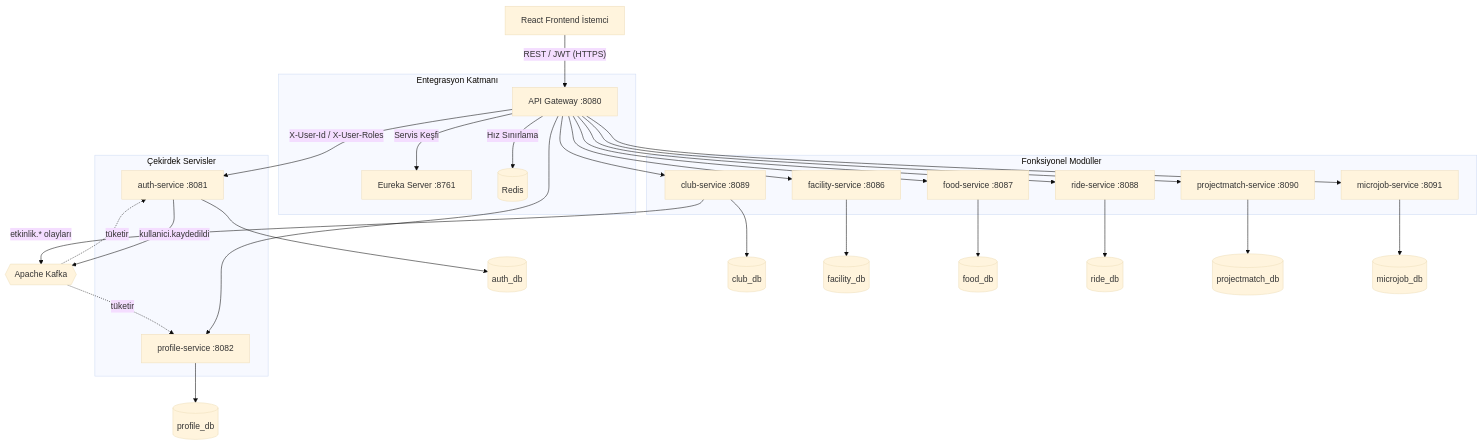
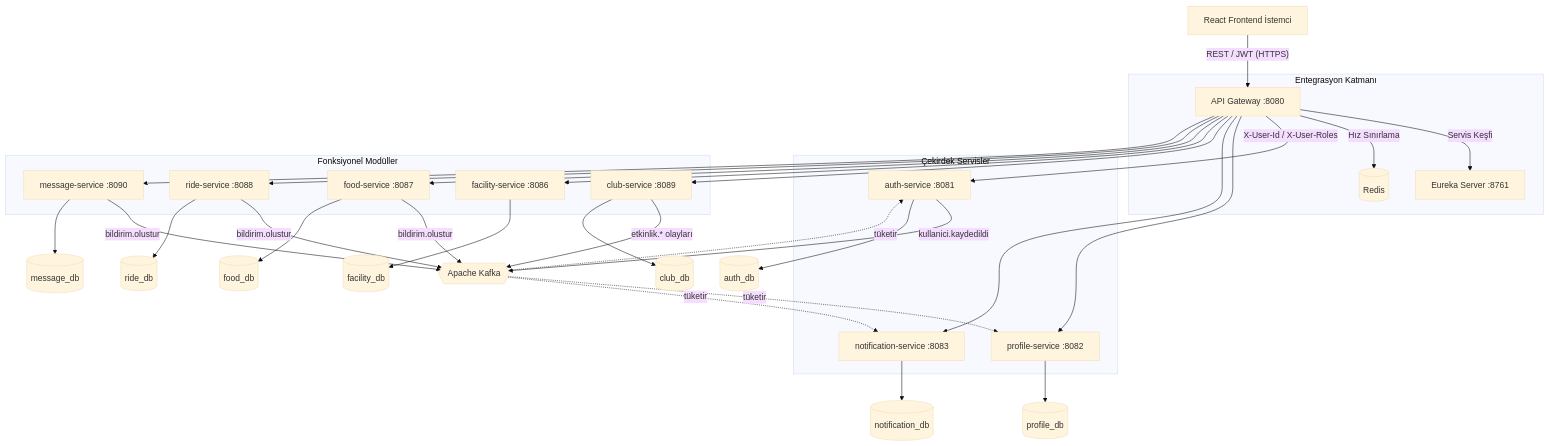
Before and after one commit to tolguner/IsikCampusOS: the diagram in docs/tez/build/diagrams/sekil_3_1.mmd, drawn with Mermaid (base theme). The commit also changed 43 other files, not shown here.

```diff
--- a/docs/tez/build/diagrams/sekil_3_1.mmd
+++ b/docs/tez/build/diagrams/sekil_3_1.mmd
@@ -1,35 +1,39 @@
 flowchart TD
     Client["React Frontend İstemci"] -->|"REST / JWT (HTTPS)"| Gateway["API Gateway :8080"]
 
     subgraph Kesif["Entegrasyon Katmanı"]
         Gateway -->|"Servis Keşfi"| Eureka["Eureka Server :8761"]
         Gateway -->|"Hız Sınırlama"| Redis[("Redis")]
     end
 
     subgraph Cekirdek["Çekirdek Servisler"]
         Gateway -->|"X-User-Id / X-User-Roles"| Auth["auth-service :8081"]
         Gateway --> Profile["profile-service :8082"]
+        Gateway --> Notif["notification-service :8083"]
     end
 
     subgraph Domain["Fonksiyonel Modüller"]
         Gateway --> Event["club-service :8089"]
         Gateway --> Facility["facility-service :8086"]
         Gateway --> Food["food-service :8087"]
         Gateway --> Ride["ride-service :8088"]
-        Gateway --> ProjMatch["projectmatch-service :8090"]
-        Gateway --> MicroJob["microjob-service :8091"]
+        Gateway --> Message["message-service :8090"]
     end
 
     Auth -->|"kullanici.kaydedildi"| Kafka{{"Apache Kafka"}}
     Kafka -.->|"tüketir"| Profile
     Event -->|"etkinlik.* olayları"| Kafka
     Kafka -.->|"tüketir"| Auth
+    Food -->|"bildirim.olustur"| Kafka
+    Ride -->|"bildirim.olustur"| Kafka
+    Message -->|"bildirim.olustur"| Kafka
+    Kafka -.->|"tüketir"| Notif
 
     Auth --> AuthDB[("auth_db")]
     Profile --> ProfDB[("profile_db")]
+    Notif --> NotifDB[("notification_db")]
     Event --> EventDB[("club_db")]
     Facility --> FacDB[("facility_db")]
     Food --> FoodDB[("food_db")]
     Ride --> RideDB[("ride_db")]
-    ProjMatch --> PMDB[("projectmatch_db")]
-    MicroJob --> MJDB[("microjob_db")]
+    Message --> MsgDB[("message_db")]
```
